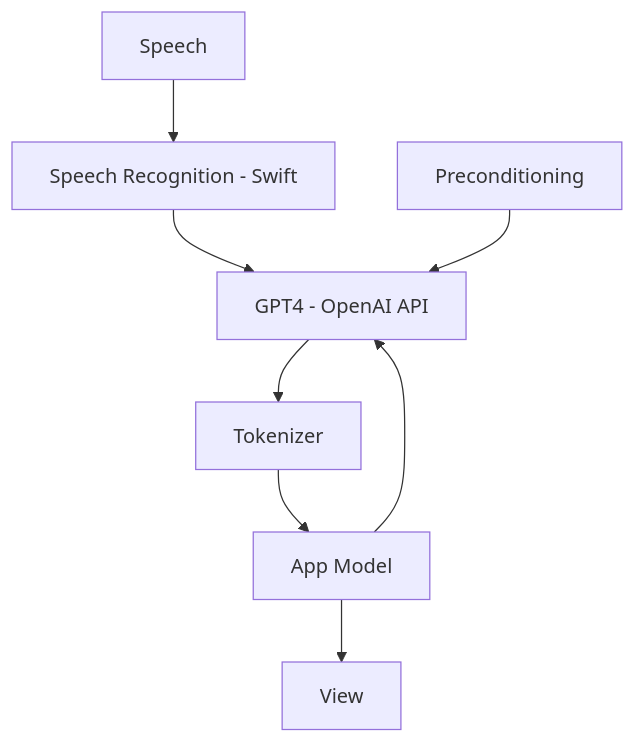
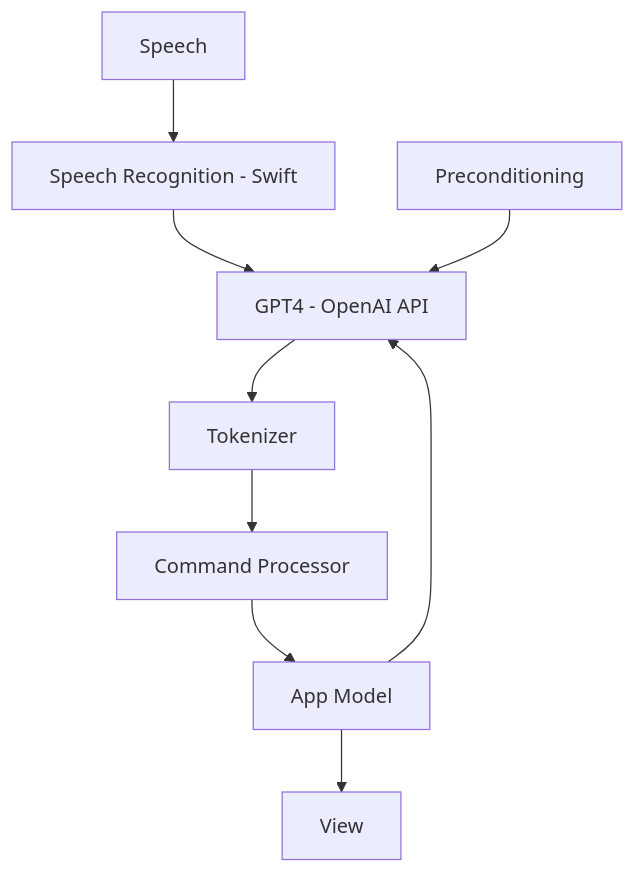
One commit to AdinAck/AccessAbility changed the diagram in README.md. Above: the diagram before and after it, drawn with Mermaid.

````diff
--- a/README.md
+++ b/README.md
@@ -12,10 +12,11 @@
 ```mermaid
 flowchart TD
     A[Speech] --> B[Speech Recognition - Swift]
     B --> D[GPT4 - OpenAI API]
     C[Preconditioning] --> D
     D --> E[Tokenizer]
-    E --> F[App Model]
-    F --> D
-    F --> G[View]
+    E --> F[Command Processor]
+    F --> G[App Model]
+    G --> D
+    G --> H[View]
 ```
````
